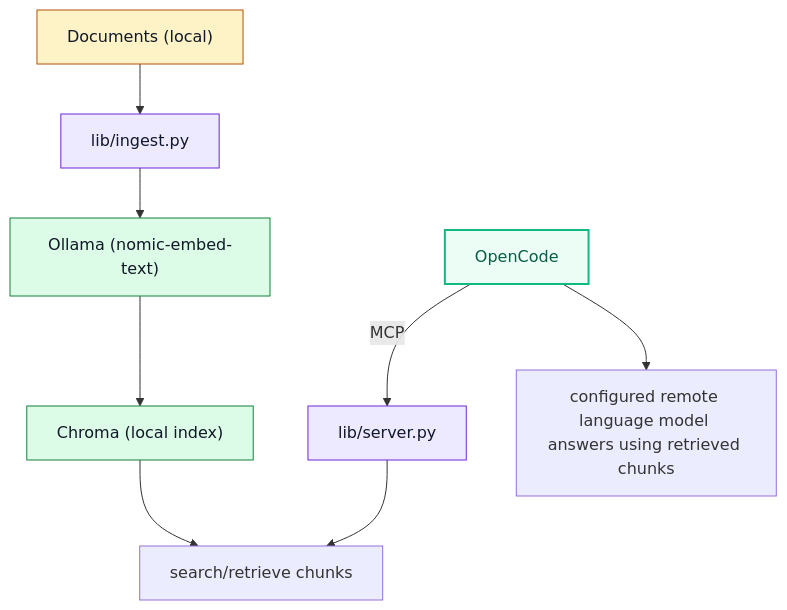
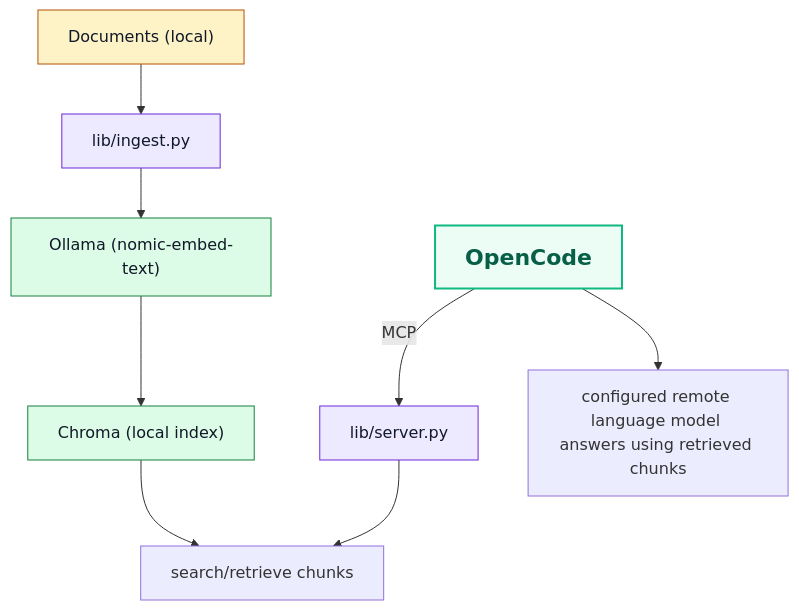
Before and after one commit to andrepester/rag-search-mcp: the diagram in README.md, drawn with Mermaid.

Commit message:
docs: increase OpenCode node size in Mermaid diagram

````diff
--- a/README.md
+++ b/README.md
@@ -13,22 +13,22 @@
 ```mermaid
 flowchart TD
     A["Documents (local)"] --> B["lib/ingest.py"]
     B --> C["Ollama (nomic-embed-text)"]
     C --> D["Chroma (local index)"]
 
     E["OpenCode"] -->|MCP| F["lib/server.py"]
     F --> G["search/retrieve chunks"]
     D --> G
 
     E --> H["configured remote language model answers using retrieved chunks"]
 
     classDef docs fill:#fef3c7,stroke:#b45309,stroke-width:1px,color:#111827;
-    classDef opencode fill:#ecfdf5,stroke:#10b981,stroke-width:2px,color:#065f46;
+    classDef opencode fill:#ecfdf5,stroke:#10b981,stroke-width:2px,color:#065f46,font-size:22px,font-weight:bold;
     classDef vector fill:#dcfce7,stroke:#15803d,stroke-width:1px,color:#111827;
     classDef libs fill:#ede9fe,stroke:#6d28d9,stroke-width:1px,color:#111827;
 
     class A docs;
     class E opencode;
     class C,D vector;
     class B,F libs;
 ```
````
